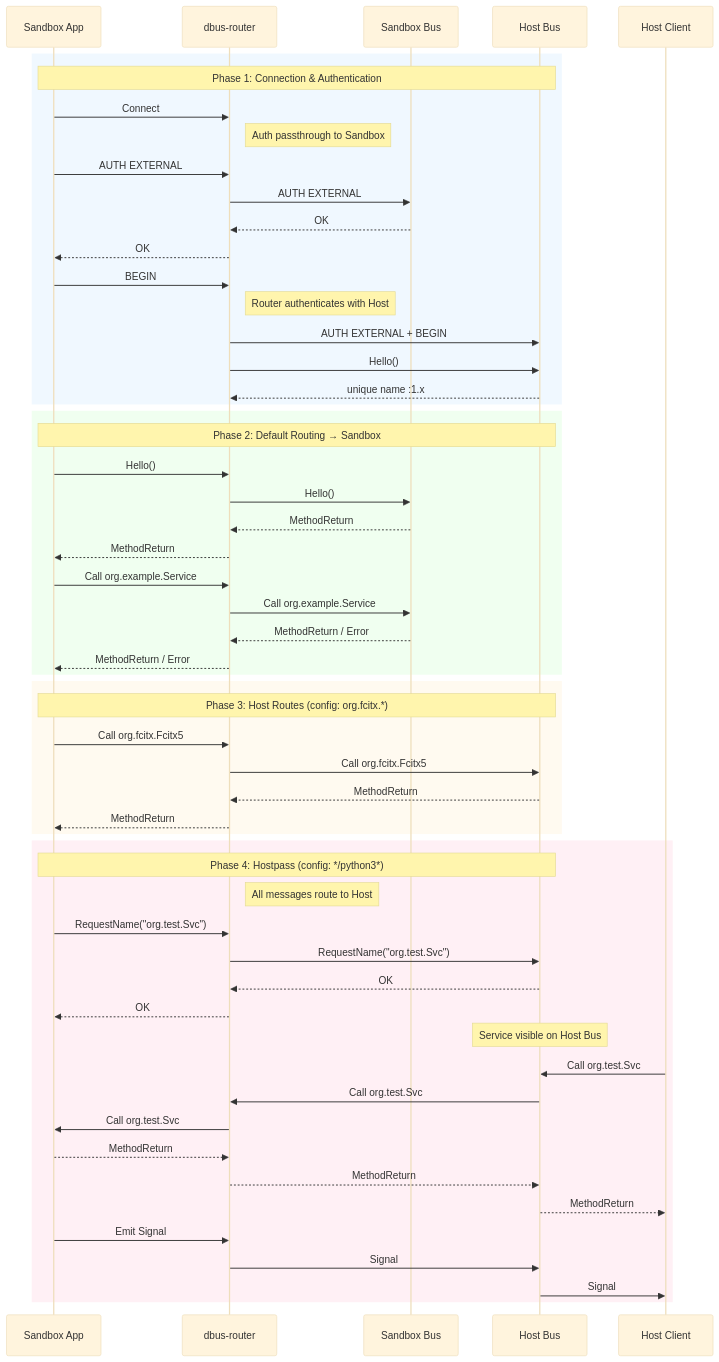
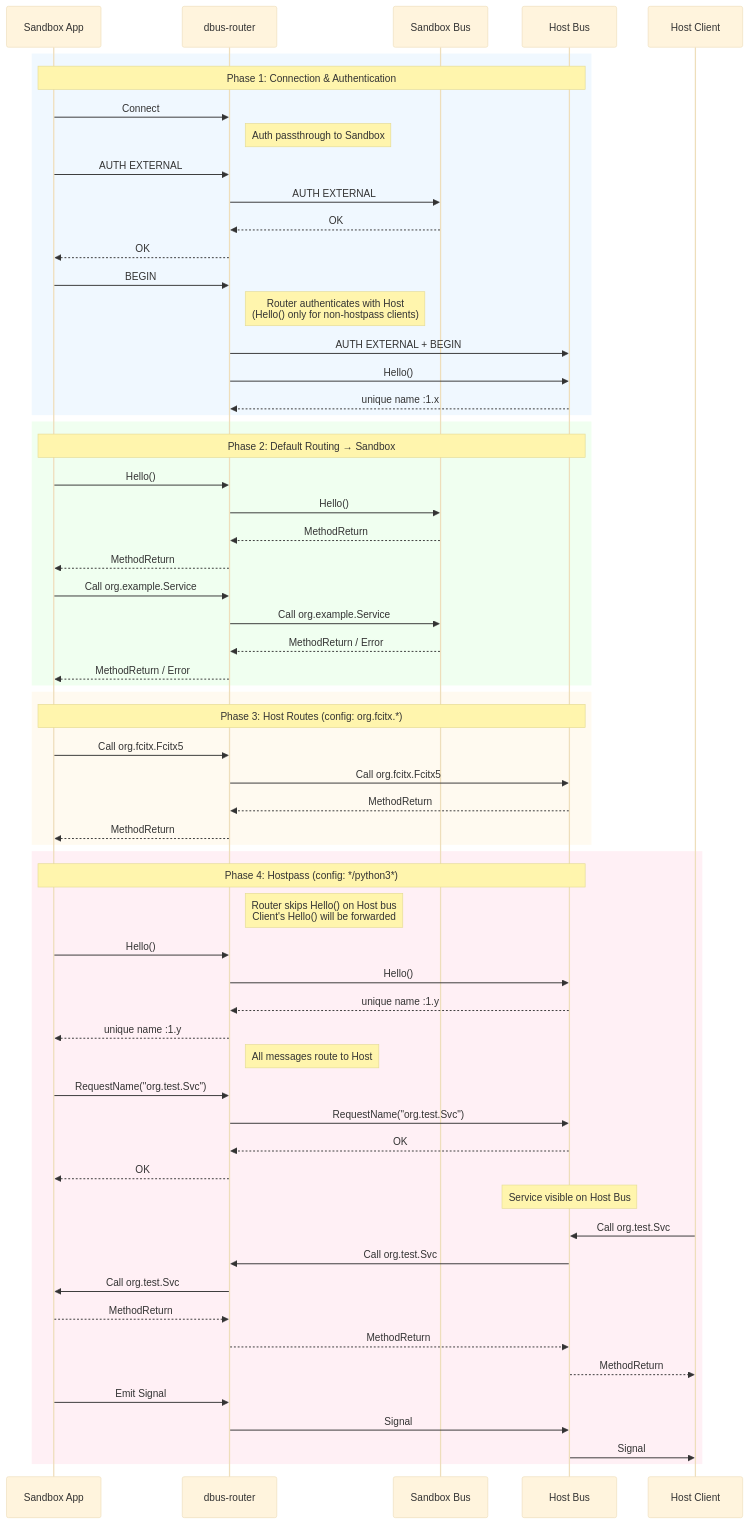
Before and after one commit to loyalpartner/dbus-router: the diagram in README.md, drawn with Mermaid (base theme).

Commit message:
docs: update sequence diagram for hostpass Hello() behavior
Clarify that for hostpass clients, the router skips sending Hello()
on the host bus, allowing the client's Hello() to be forwarded instead.

````diff
--- a/README.md
+++ b/README.md
@@ -25,76 +25,82 @@
 ```mermaid
 sequenceDiagram
     participant App as Sandbox App
     participant Router as dbus-router
     participant Sandbox as Sandbox Bus
     participant Host as Host Bus
     participant HostClient as Host Client
 
     %% ========== Phase 1: Connection & Authentication ==========
     rect rgb(240, 248, 255)
         Note over App,Host: Phase 1: Connection & Authentication
 
         App->>Router: Connect
 
         Note right of Router: Auth passthrough to Sandbox
         App->>Router: AUTH EXTERNAL
         Router->>Sandbox: AUTH EXTERNAL
         Sandbox-->>Router: OK
         Router-->>App: OK
         App->>Router: BEGIN
 
-        Note right of Router: Router authenticates with Host
+        Note right of Router: Router authenticates with Host<br/>(Hello() only for non-hostpass clients)
         Router->>Host: AUTH EXTERNAL + BEGIN
         Router->>Host: Hello()
         Host-->>Router: unique name :1.x
     end
 
     %% ========== Phase 2: Default Routing (to Sandbox) ==========
     rect rgb(240, 255, 240)
         Note over App,Host: Phase 2: Default Routing → Sandbox
 
         App->>Router: Hello()
         Router->>Sandbox: Hello()
         Sandbox-->>Router: MethodReturn
         Router-->>App: MethodReturn
 
         App->>Router: Call org.example.Service
         Router->>Sandbox: Call org.example.Service
         Sandbox-->>Router: MethodReturn / Error
         Router-->>App: MethodReturn / Error
     end
 
     %% ========== Phase 3: Host Routes ==========
     rect rgb(255, 250, 240)
         Note over App,Host: Phase 3: Host Routes (config: org.fcitx.*)
 
         App->>Router: Call org.fcitx.Fcitx5
         Router->>Host: Call org.fcitx.Fcitx5
         Host-->>Router: MethodReturn
         Router-->>App: MethodReturn
     end
 
     %% ========== Phase 4: Hostpass Mode ==========
     rect rgb(255, 240, 245)
         Note over App,Host: Phase 4: Hostpass (config: */python3*)
 
+        Note right of Router: Router skips Hello() on Host bus<br/>Client's Hello() will be forwarded
+        App->>Router: Hello()
+        Router->>Host: Hello()
+        Host-->>Router: unique name :1.y
+        Router-->>App: unique name :1.y
+
         Note right of Router: All messages route to Host
         App->>Router: RequestName("org.test.Svc")
         Router->>Host: RequestName("org.test.Svc")
         Host-->>Router: OK
         Router-->>App: OK
 
         Note over Host: Service visible on Host Bus
 
         HostClient->>Host: Call org.test.Svc
         Host->>Router: Call org.test.Svc
         Router->>App: Call org.test.Svc
         App-->>Router: MethodReturn
         Router-->>Host: MethodReturn
         Host-->>HostClient: MethodReturn
 
         App->>Router: Emit Signal
         Router->>Host: Signal
         Host->>HostClient: Signal
     end
 ```
````
